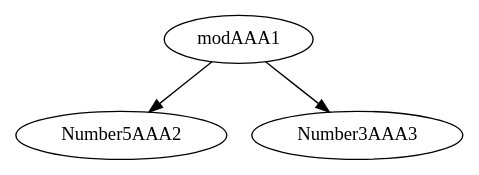
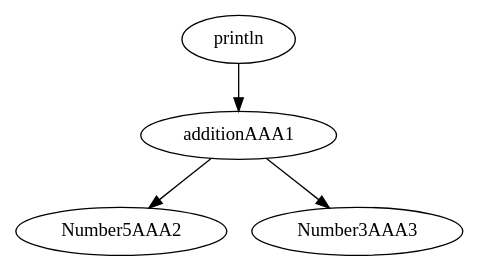
The diagram in Calc/graph.dot (krivchnik/ProtivoGaZiK), drawn with Graphviz before and after one commit. The commit also changed 12 other files, not shown here.

```diff
--- a/Calc/graph.dot
+++ b/Calc/graph.dot
@@ -1,4 +1,5 @@
 digraph task1 {
-	modAAA1 -> Number5AAA2;
-	modAAA1 -> Number3AAA3
+	println -> additionAAA1 -> Number5AAA2;
+	additionAAA1 -> Number3AAA3;
+	
 }
```
